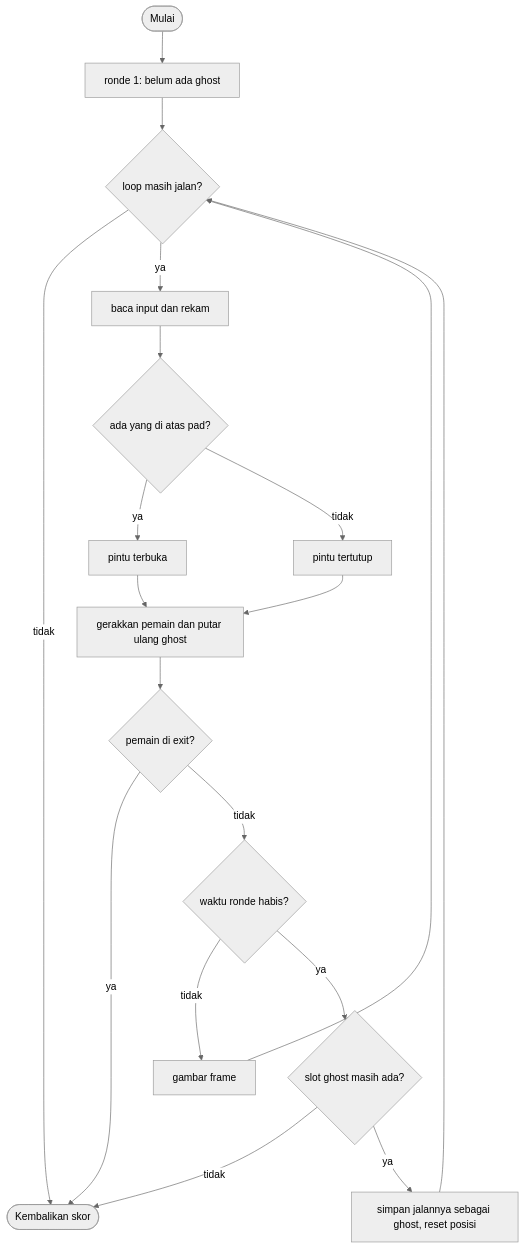
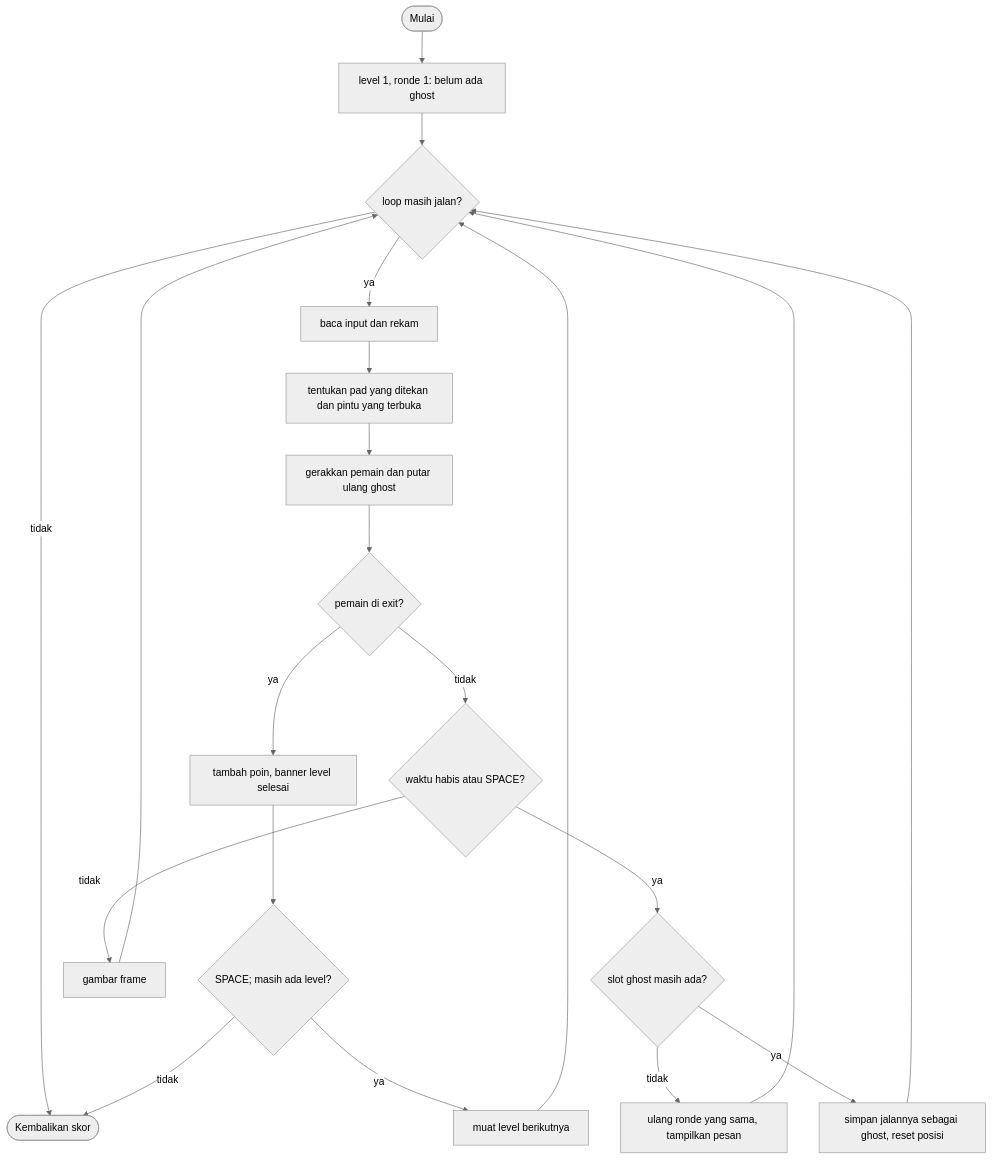
Before and after one commit to zaxx-q/arCade: the diagram in deferred/ghost_loop/GAME.md, drawn with Mermaid (neutral theme). The commit also changed other lines of this file and 13 other files, not shown here.

Commit message:
feat(levels): replace ghost_loop & laser_mirrors level placeholders (#39)

````diff
--- a/deferred/ghost_loop/GAME.md
+++ b/deferred/ghost_loop/GAME.md
@@ -177,19 +253,19 @@
 ```mermaid
 flowchart TD
-    A([Mulai]) --> B["ronde 1: belum ada ghost"]
+    A([Mulai]) --> B["level 1, ronde 1: belum ada ghost"]
     B --> C{"loop masih jalan?"}
     C -- tidak --> Z([Kembalikan skor])
     C -- ya --> D["baca input dan rekam"]
-    D --> E{"ada yang di atas pad?"}
-    E -- ya --> F[pintu terbuka]
-    E -- tidak --> G[pintu tertutup]
-    F --> H["gerakkan pemain dan putar ulang ghost"]
-    G --> H
+    D --> E["tentukan pad yang ditekan dan pintu yang terbuka"]
+    E --> H["gerakkan pemain dan putar ulang ghost"]
     H --> I{"pemain di exit?"}
-    I -- ya --> Z
-    I -- tidak --> J{"waktu ronde habis?"}
+    I -- ya --> P["tambah poin, banner level selesai"]
+    P --> Q{"SPACE; masih ada level?"}
+    Q -- tidak --> Z
+    Q -- ya --> B2["muat level berikutnya"] --> C
+    I -- tidak --> J{"waktu habis atau SPACE?"}
     J -- tidak --> K[gambar frame] --> C
     J -- ya --> L{"slot ghost masih ada?"}
-    L -- tidak --> Z
+    L -- tidak --> R["ulang ronde yang sama, tampilkan pesan"] --> C
     L -- ya --> M["simpan jalannya sebagai ghost, reset posisi"] --> C
 ```
````
